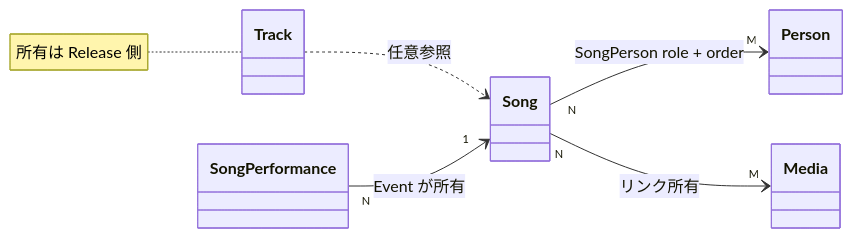
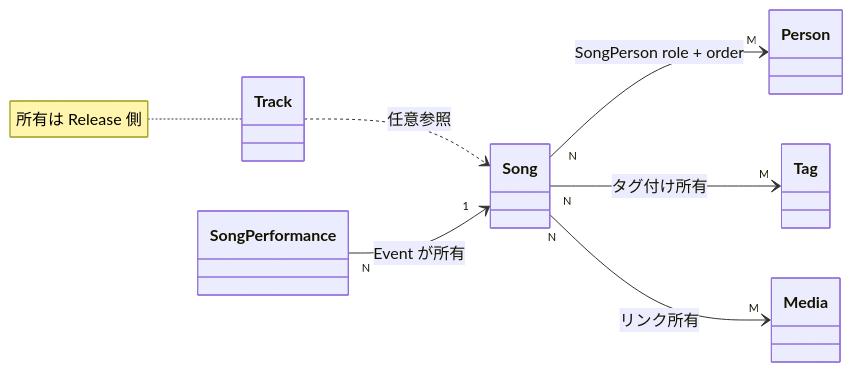
The diagram in docs/specs/song.md (sayuprc/isekai-observatory), drawn with Mermaid before and after one commit. The commit also changed other lines of this file and 156 other files, not shown here.

````diff
--- a/docs/specs/song.md
+++ b/docs/specs/song.md
@@ -27,9 +28,10 @@
 ```mermaid
 classDiagram
   direction LR
   Song "N" --> "M" Person : SongPerson role + order
+  Song "N" --> "M" Tag : タグ付け所有
   Song "N" --> "M" Media : リンク所有
   Track ..> Song : 任意参照
   SongPerformance "N" --> "1" Song : Event が所有
   note for Track "所有は Release 側"
 ```
````
